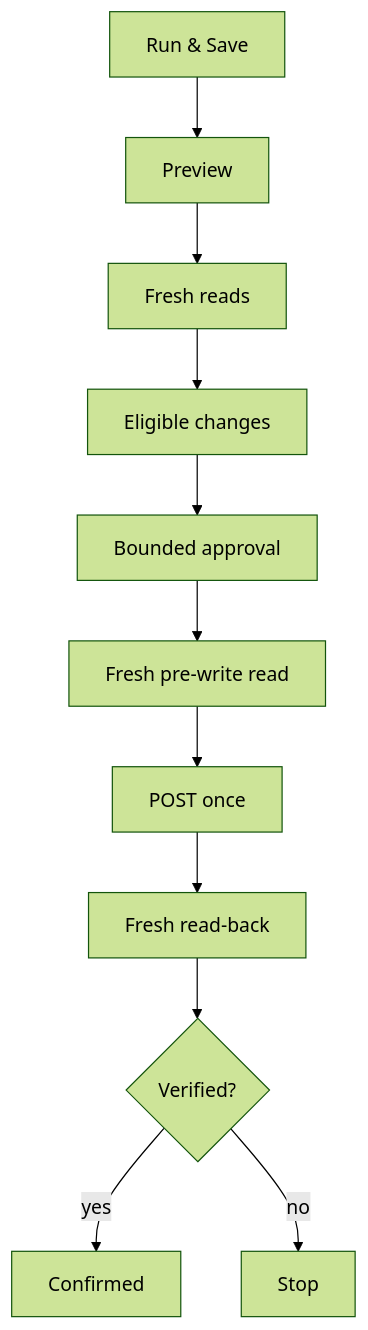
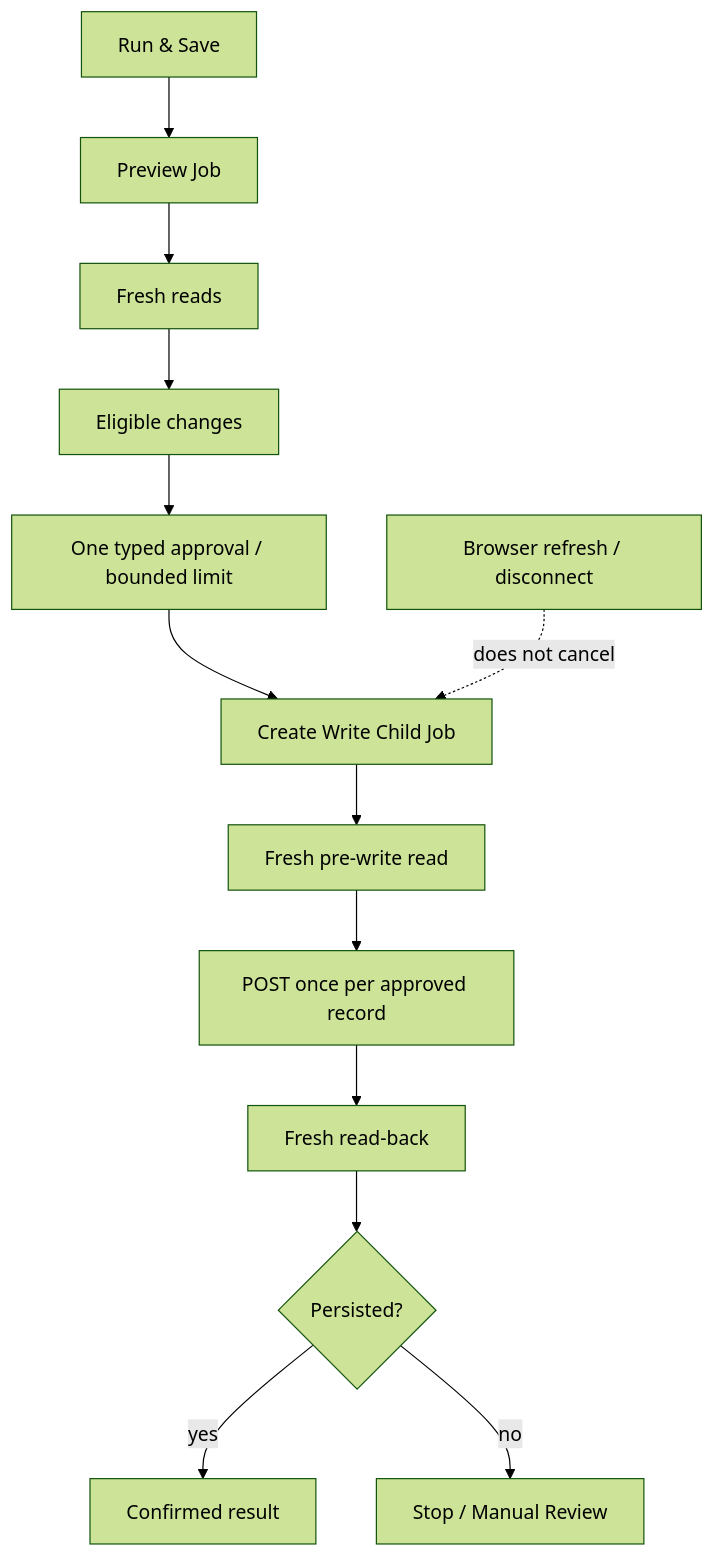
The third of 6 diagrams in docs/VISUAL_FLOWS.md (zzpsah/udise-automation-suite), drawn with Mermaid (forest theme) before and after one commit. The commit also changed other lines of this file, not shown here.

Commit message:
docs: synchronize visual flows with durable writes and protected FP values

````diff
--- a/docs/VISUAL_FLOWS.md
+++ b/docs/VISUAL_FLOWS.md
@@ -36,13 +36,15 @@
 ```mermaid
 flowchart TD
-    A[Run & Save] --> B[Preview]
+    A[Run & Save] --> B[Preview Job]
     B --> C[Fresh reads]
     C --> D[Eligible changes]
-    D --> E[Bounded approval]
-    E --> F[Fresh pre-write read]
-    F --> G[POST once]
-    G --> H[Fresh read-back]
-    H --> I{Verified?}
-    I -->|yes| J[Confirmed]
-    I -->|no| K[Stop]
+    D --> E[One typed approval / bounded limit]
+    E --> F[Create Write Child Job]
+    F --> G[Fresh pre-write read]
+    G --> H[POST once per approved record]
+    H --> I[Fresh read-back]
+    I --> J{Persisted?}
+    J -->|yes| K[Confirmed result]
+    J -->|no| L[Stop / Manual Review]
+    X[Browser refresh / disconnect] -. does not cancel .-> F
 ```
````
